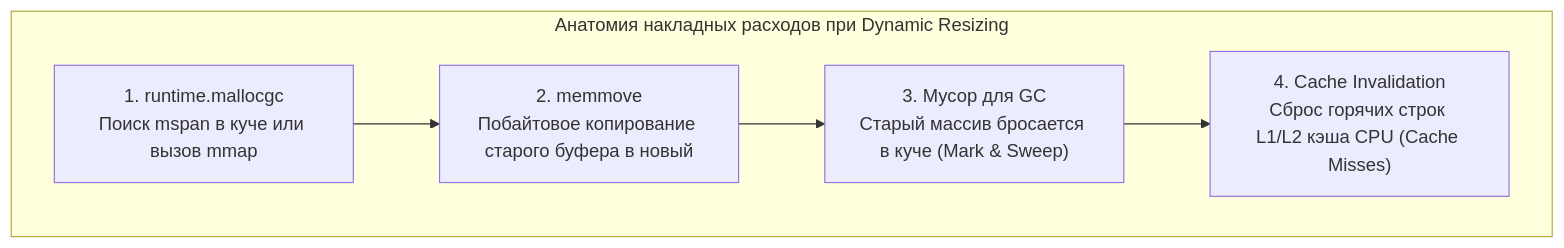
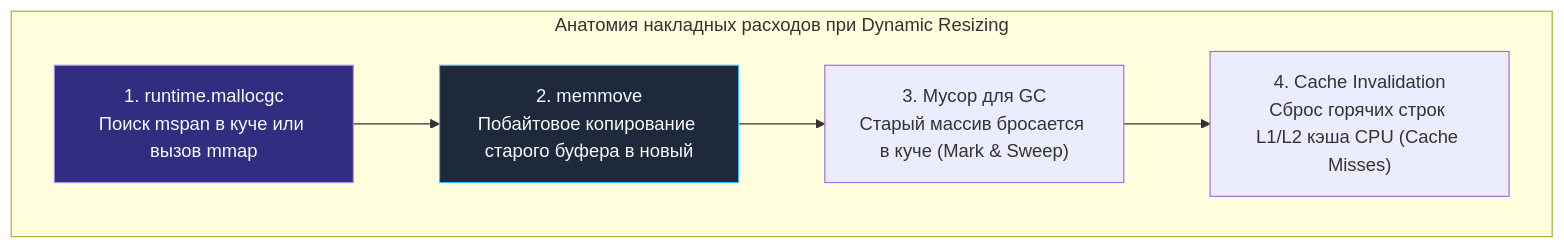
One commit to UnrealTemplier/go-textbook changed the first of 3 diagrams in sources/16. Профилирование, отладка и производительность/09. Практические оптимизации/4. Предвыделение памяти.md. Above: the diagram before and after it, drawn with Mermaid. The commit also changed other lines of this file and 1666 other files, not shown here.

First line of the commit message:
feat(mermaid): add semantic color classDef to 1369 colorless flowchart/graph diagrams

````diff
--- a/sources/16. Профилирование, отладка и производительность/09. Практические оптимизации/4. Предвыделение памяти.md
+++ b/sources/16. Профилирование, отладка и производительность/09. Практические оптимизации/4. Предвыделение памяти.md
@@ -15,11 +15,21 @@
 ```mermaid
 flowchart TD
+    classDef process  fill:#1e293b,stroke:#38bdf8,stroke-width:1px,color:#f8fafc
+    classDef success  fill:#064e3b,stroke:#34d399,stroke-width:1px,color:#f8fafc
+    classDef error    fill:#7f1d1d,stroke:#f87171,stroke-width:1px,color:#f8fafc
+    classDef warning  fill:#78350f,stroke:#fbbf24,stroke-width:1px,color:#f8fafc
+    classDef entry    fill:#1e3a5f,stroke:#38bdf8,stroke-width:2px,color:#f8fafc
+    classDef aux      fill:#334155,stroke:#64748b,stroke-width:1px,color:#f8fafc
+    classDef system   fill:#312e81,stroke:#a78bfa,stroke-width:1px,color:#f8fafc
+    classDef data     fill:#132d29,stroke:#2dd4bf,stroke-width:1px,color:#f8fafc
+    classDef network  fill:#881337,stroke:#fb7185,stroke-width:1px,color:#f8fafc
+    classDef accent   fill:#1e1b4b,stroke:#818cf8,stroke-width:1px,color:#f8fafc
     subgraph ResizingCost ["Анатомия накладных расходов при Dynamic Resizing"]
-        R1["1. runtime.mallocgc<br/>Поиск mspan в куче или вызов mmap"]
-        R2["2. memmove<br/>Побайтовое копирование старого буфера в новый"]
+        R1["1. runtime.mallocgc<br/>Поиск mspan в куче или вызов mmap"]:::system
+        R2["2. memmove<br/>Побайтовое копирование старого буфера в новый"]:::process
         R3["3. Мусор для GC<br/>Старый массив бросается в куче (Mark & Sweep)"]
         R4["4. Cache Invalidation<br/>Сброс горячих строк L1/L2 кэша CPU (Cache Misses)"]
     end
     
     R1 --> R2 --> R3 --> R4
 ```
````
